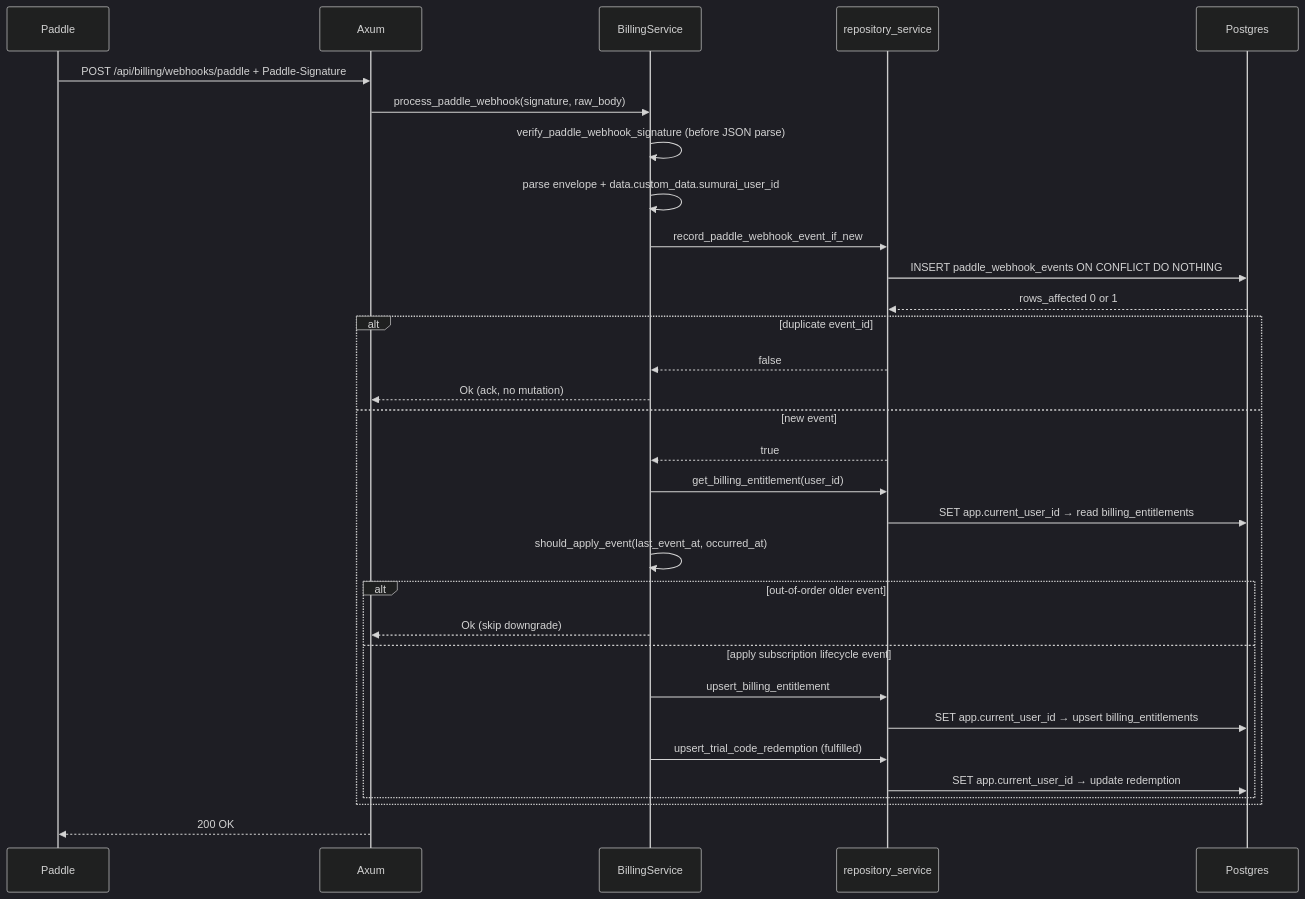
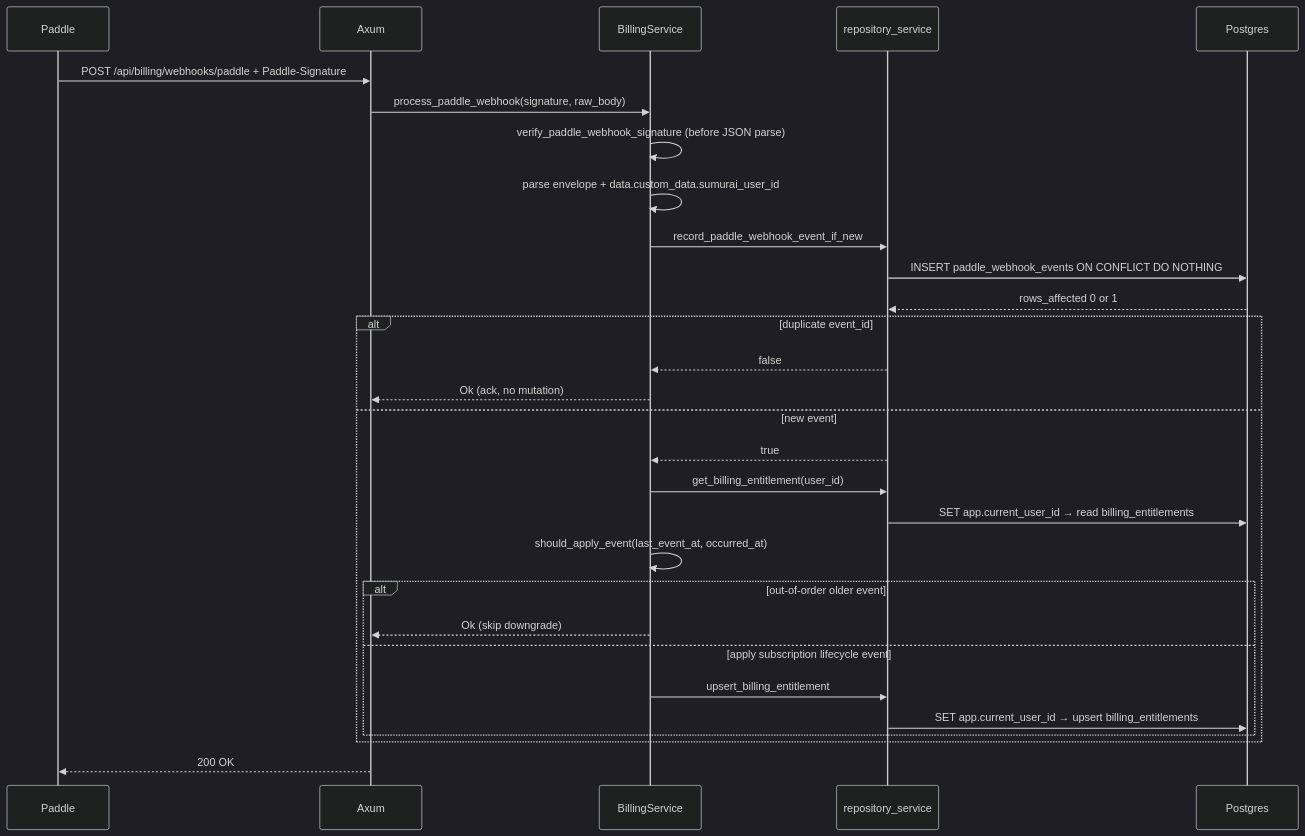
The fifth of 11 diagrams in docs/ARCHITECTURE.md (TwoBitFoundry/sumurai), drawn with Mermaid (dark theme) before and after one commit. The commit also changed other lines of this file and 3 other files, not shown here.

````diff
--- a/docs/ARCHITECTURE.md
+++ b/docs/ARCHITECTURE.md
@@ -158,34 +154,32 @@
 ```mermaid
 sequenceDiagram
     participant Paddle
     participant Axum
     participant Billing as BillingService
     participant Repo as repository_service
     participant Postgres
 
     Paddle->>Axum: POST /api/billing/webhooks/paddle + Paddle-Signature
     Axum->>Billing: process_paddle_webhook(signature, raw_body)
     Billing->>Billing: verify_paddle_webhook_signature (before JSON parse)
     Billing->>Billing: parse envelope + data.custom_data.sumurai_user_id
     Billing->>Repo: record_paddle_webhook_event_if_new
     Repo->>Postgres: INSERT paddle_webhook_events ON CONFLICT DO NOTHING
     Postgres-->>Repo: rows_affected 0 or 1
     alt duplicate event_id
         Repo-->>Billing: false
         Billing-->>Axum: Ok (ack, no mutation)
     else new event
         Repo-->>Billing: true
         Billing->>Repo: get_billing_entitlement(user_id)
         Repo->>Postgres: SET app.current_user_id → read billing_entitlements
         Billing->>Billing: should_apply_event(last_event_at, occurred_at)
         alt out-of-order older event
             Billing-->>Axum: Ok (skip downgrade)
         else apply subscription lifecycle event
             Billing->>Repo: upsert_billing_entitlement
             Repo->>Postgres: SET app.current_user_id → upsert billing_entitlements
-            Billing->>Repo: upsert_trial_code_redemption (fulfilled)
-            Repo->>Postgres: SET app.current_user_id → update redemption
         end
     end
     Axum-->>Paddle: 200 OK
 ```
````
